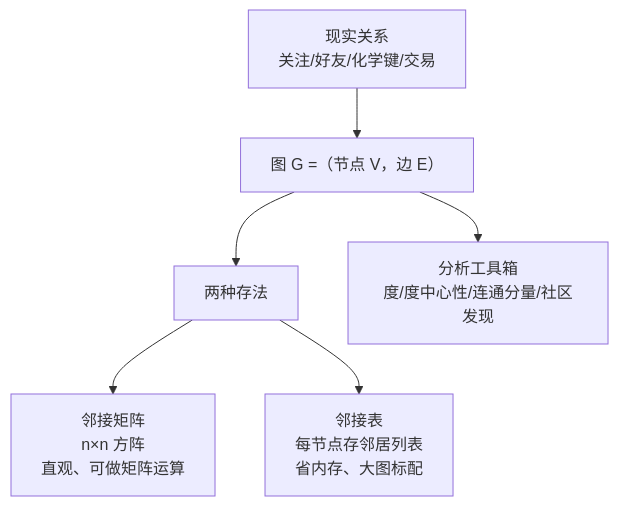
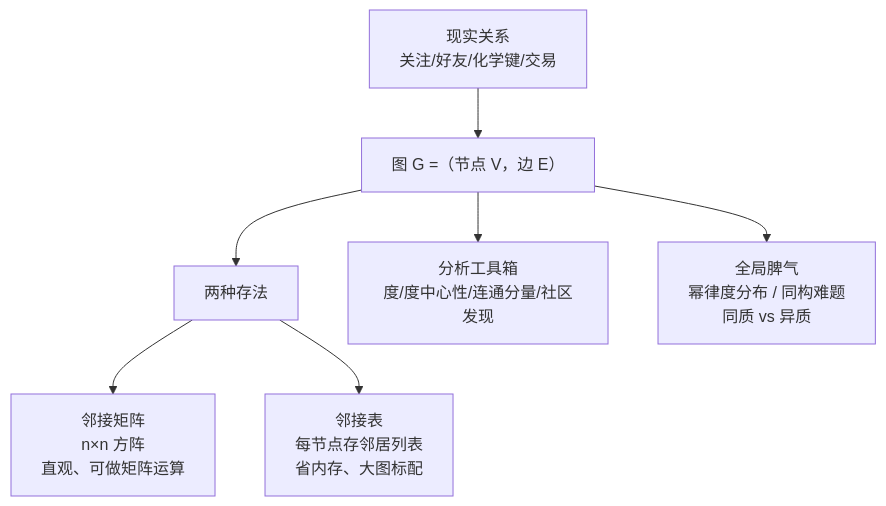
Before and after one commit to lizhengzhong20-sketch/model_learning: the second of 2 diagrams in docs/4-专业方向/09-图神经网络/01-图数据入门.md, drawn with Mermaid. The commit also changed other lines of this file and 67 other files, not shown here.

````diff
--- a/docs/4-专业方向/09-图神经网络/01-图数据入门.md
+++ b/docs/4-专业方向/09-图神经网络/01-图数据入门.md
@@ -103,8 +109,9 @@
 ```mermaid
 graph TD
     A["现实关系<br/>关注/好友/化学键/交易"] --> B["图 G =（节点 V，边 E）"]
     B --> C["两种存法"]
     C --> D["邻接矩阵<br/>n×n 方阵<br/>直观、可做矩阵运算"]
     C --> E["邻接表<br/>每节点存邻居列表<br/>省内存、大图标配"]
     B --> F["分析工具箱<br/>度/度中心性/连通分量/社区发现"]
+    B --> G["全局脾气<br/>幂律度分布 / 同构难题<br/>同质 vs 异质"]
 ```
````
